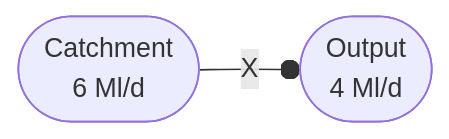
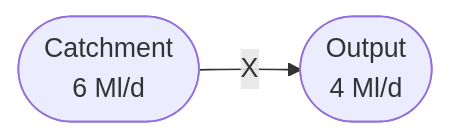
Before and after one commit to pywr/pywr: the second of 4 diagrams in docs/manual/nodes/input.md, drawn with Mermaid. The commit also changed other lines of this file and 15 other files, not shown here.

````diff
--- a/docs/manual/nodes/input.md
+++ b/docs/manual/nodes/input.md
@@ -75,6 +77,6 @@
 ```mermaid
 graph LR;
 A(["Catchment 
-6 Ml/d"])   -- X--o  B(["Output 
+6 Ml/d"])   -- X-->  B(["Output 
 4 Ml/d"]);
 ```
````
